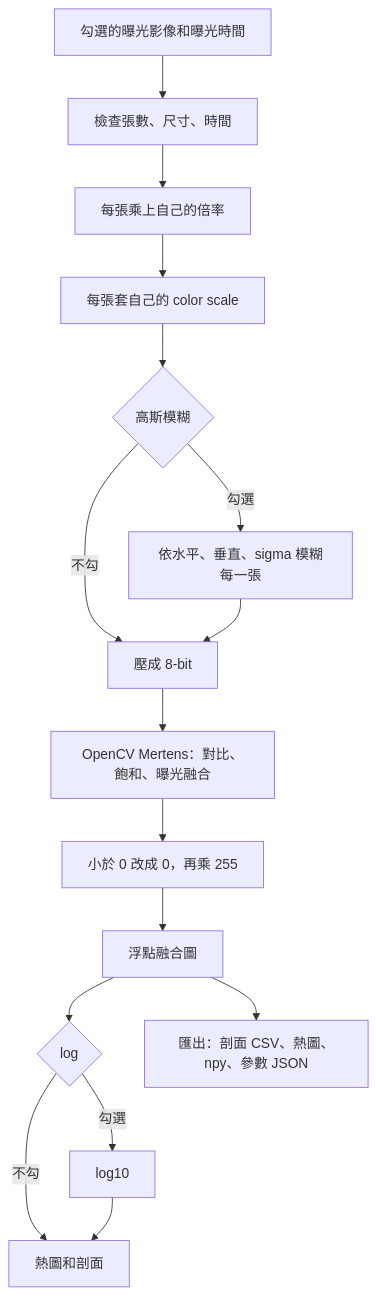
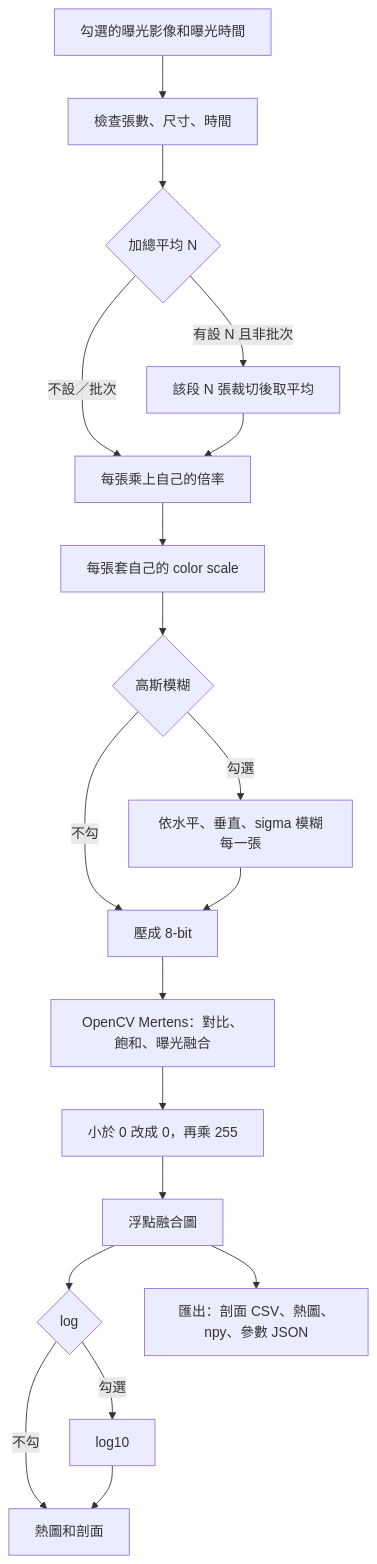
One commit to dennislin456/beamAnalysis changed the diagram in HDR/docs/hdr_flow_mertens.md. Above: the diagram before and after it, drawn with Mermaid. The commit also changed other lines of this file and 22 other files, not shown here.

````diff
--- a/HDR/docs/hdr_flow_mertens.md
+++ b/HDR/docs/hdr_flow_mertens.md
@@ -11,18 +11,21 @@
 ```mermaid
 flowchart TD
   A[勾選的曝光影像和曝光時間] --> B[檢查張數、尺寸、時間]
-  B --> M[每張乘上自己的倍率]
+  B --> Avg{加總平均 N}
+  Avg -->|有設 N 且非批次| Avg2[該段 N 張裁切後取平均]
+  Avg -->|不設／批次| M
+  Avg2 --> M[每張乘上自己的倍率]
   M --> CS[每張套自己的 color scale]
   CS --> S{高斯模糊}
   S -->|勾選| S2[依水平、垂直、sigma 模糊每一張]
   S -->|不勾| C[壓成 8-bit]
   S2 --> C
   C --> H[OpenCV Mertens：對比、飽和、曝光融合]
   H --> I[小於 0 改成 0，再乘 255]
   I --> J[浮點融合圖]
   J --> Log{log}
   Log -->|勾選| Log2[log10]
   Log -->|不勾| L[熱圖和剖面]
   Log2 --> L
   J --> N[匯出：剖面 CSV、熱圖、npy、參數 JSON]
 ```
````
